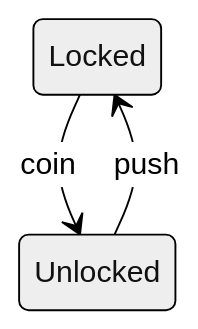
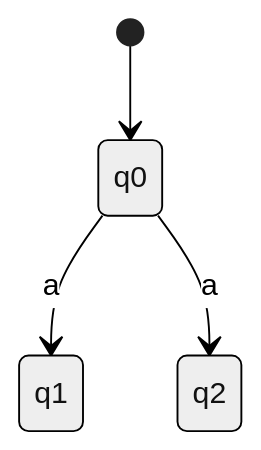
The second of 4 diagrams in 03-Academics/OOSE/New Draft/5.9 — Finite State Machine (FSM).md (namaewafaisal/Obsidian_Vault), drawn with Mermaid (neutral theme) before and after one commit. The commit also changed other lines of this file and 4 other files, not shown here.

````diff
--- a/03-Academics/OOSE/New Draft/5.9 — Finite State Machine (FSM).md
+++ b/03-Academics/OOSE/New Draft/5.9 — Finite State Machine (FSM).md
@@ -66,5 +125,8 @@
 ```mermaid
 stateDiagram-v2
-    Locked --> Unlocked : coin
-    Unlocked --> Locked : push
+
+[*] --> q0
+
+q0 --> q1 : a
+q0 --> q2 : a
 ```
````
